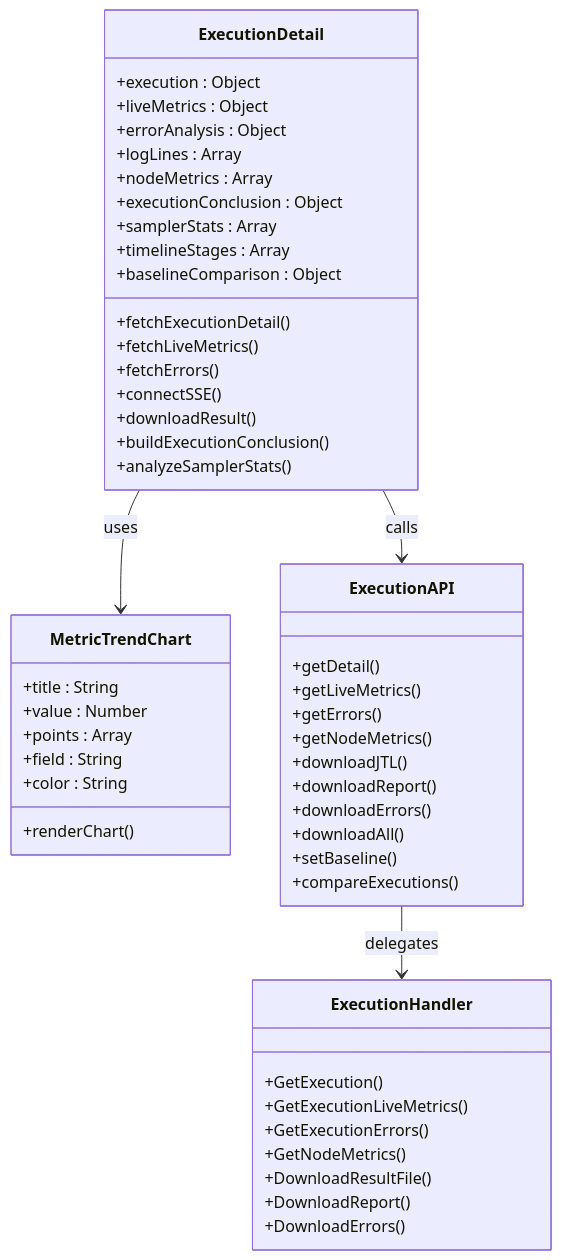
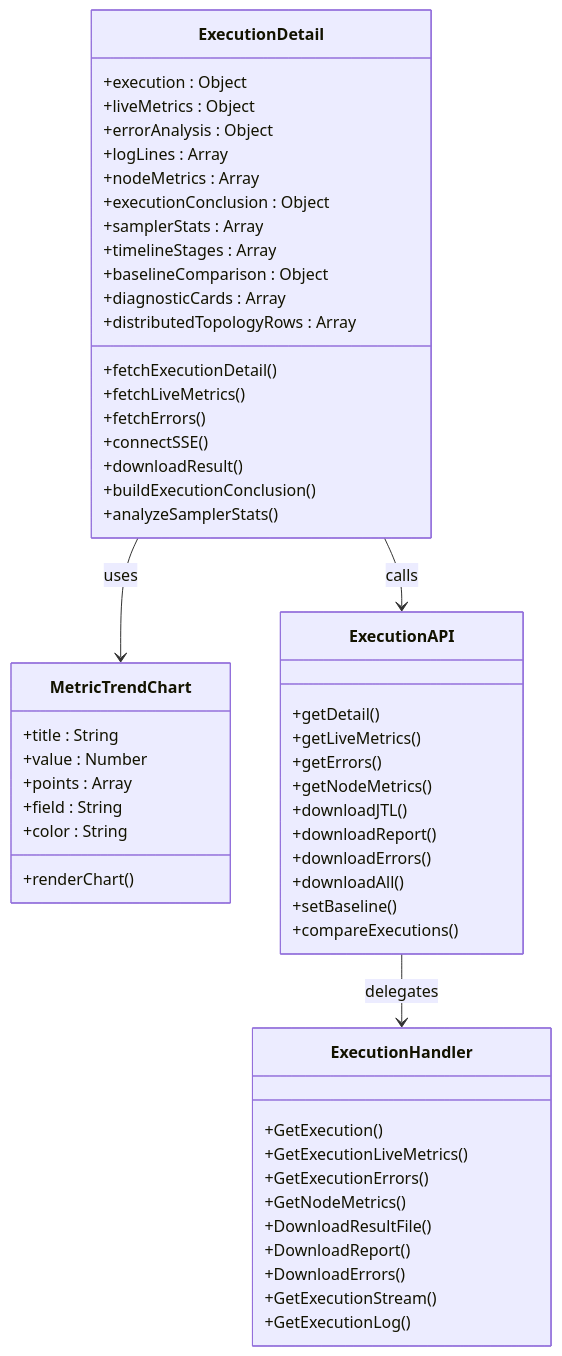
Before and after one commit to Liyuhao02/Jmeter-Admin: the second of 29 diagrams in .qoder/repowiki/zh/content/Execution Detail View.md, drawn with Mermaid. The commit also changed other lines of this file and 16 other files, not shown here.

````diff
--- a/.qoder/repowiki/zh/content/Execution Detail View.md
+++ b/.qoder/repowiki/zh/content/Execution Detail View.md
@@ -98,53 +103,57 @@
 ```mermaid
 classDiagram
 class ExecutionDetail {
 +execution : Object
 +liveMetrics : Object
 +errorAnalysis : Object
 +logLines : Array
 +nodeMetrics : Array
 +executionConclusion : Object
 +samplerStats : Array
 +timelineStages : Array
 +baselineComparison : Object
++diagnosticCards : Array
++distributedTopologyRows : Array
 +fetchExecutionDetail()
 +fetchLiveMetrics()
 +fetchErrors()
 +connectSSE()
 +downloadResult()
 +buildExecutionConclusion()
 +analyzeSamplerStats()
 }
 class MetricTrendChart {
 +title : String
 +value : Number
 +points : Array
 +field : String
 +color : String
 +renderChart()
 }
 class ExecutionAPI {
 +getDetail()
 +getLiveMetrics()
 +getErrors()
 +getNodeMetrics()
 +downloadJTL()
 +downloadReport()
 +downloadErrors()
 +downloadAll()
 +setBaseline()
 +compareExecutions()
 }
 class ExecutionHandler {
 +GetExecution()
 +GetExecutionLiveMetrics()
 +GetExecutionErrors()
 +GetNodeMetrics()
 +DownloadResultFile()
 +DownloadReport()
 +DownloadErrors()
++GetExecutionStream()
++GetExecutionLog()
 }
 ExecutionDetail --> MetricTrendChart : uses
 ExecutionDetail --> ExecutionAPI : calls
 ExecutionAPI --> ExecutionHandler : delegates
 ```
````
